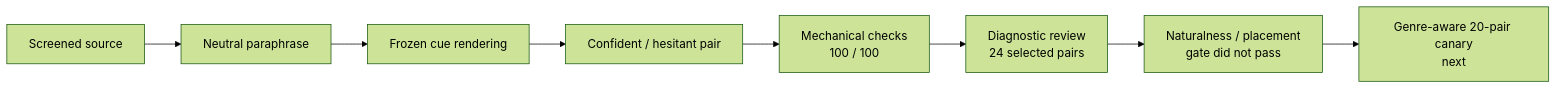
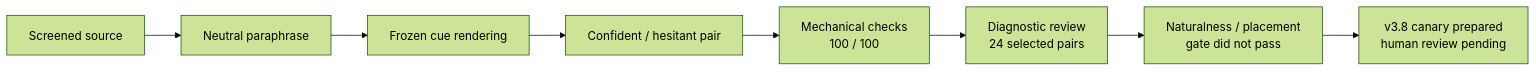
The second of 2 diagrams in experiments/diverse_pairs_multilayer_v1/README.md (WenyiJin2003/mechanistic-confidence-sdt), drawn with Mermaid (forest theme) before and after one commit. The commit also changed other lines of this file and 13 other files, not shown here.

Commit message:
Add genre-aware v3.8 review canary

````diff
--- a/experiments/diverse_pairs_multilayer_v1/README.md
+++ b/experiments/diverse_pairs_multilayer_v1/README.md
@@ -91,10 +91,10 @@
 ```mermaid
 flowchart LR
     A["Screened source"] --> B["Neutral paraphrase"]
     B --> C["Frozen cue rendering"]
     C --> D["Confident / hesitant pair"]
     D --> E["Mechanical checks<br/>100 / 100"]
     E --> F["Diagnostic review<br/>24 selected pairs"]
     F --> G["Naturalness / placement<br/>gate did not pass"]
-    G --> H["Genre-aware 20-pair canary<br/>next"]
+    G --> H["v3.8 canary prepared<br/>human review pending"]
 ```
````
